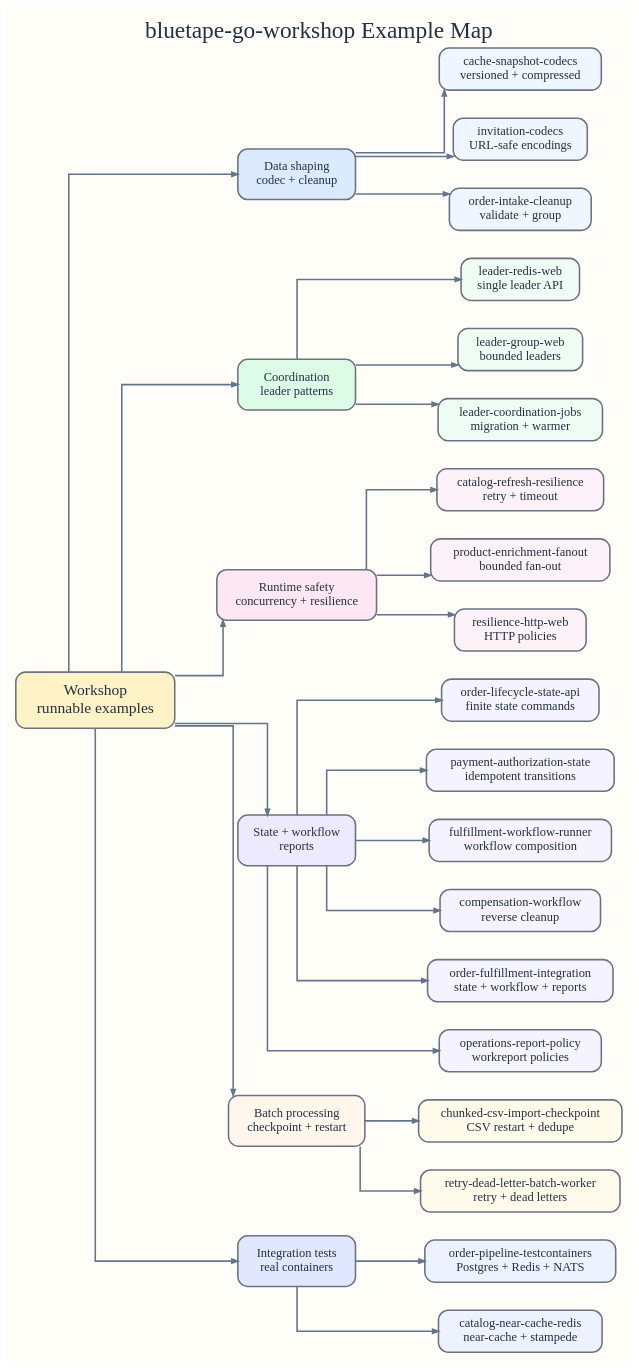
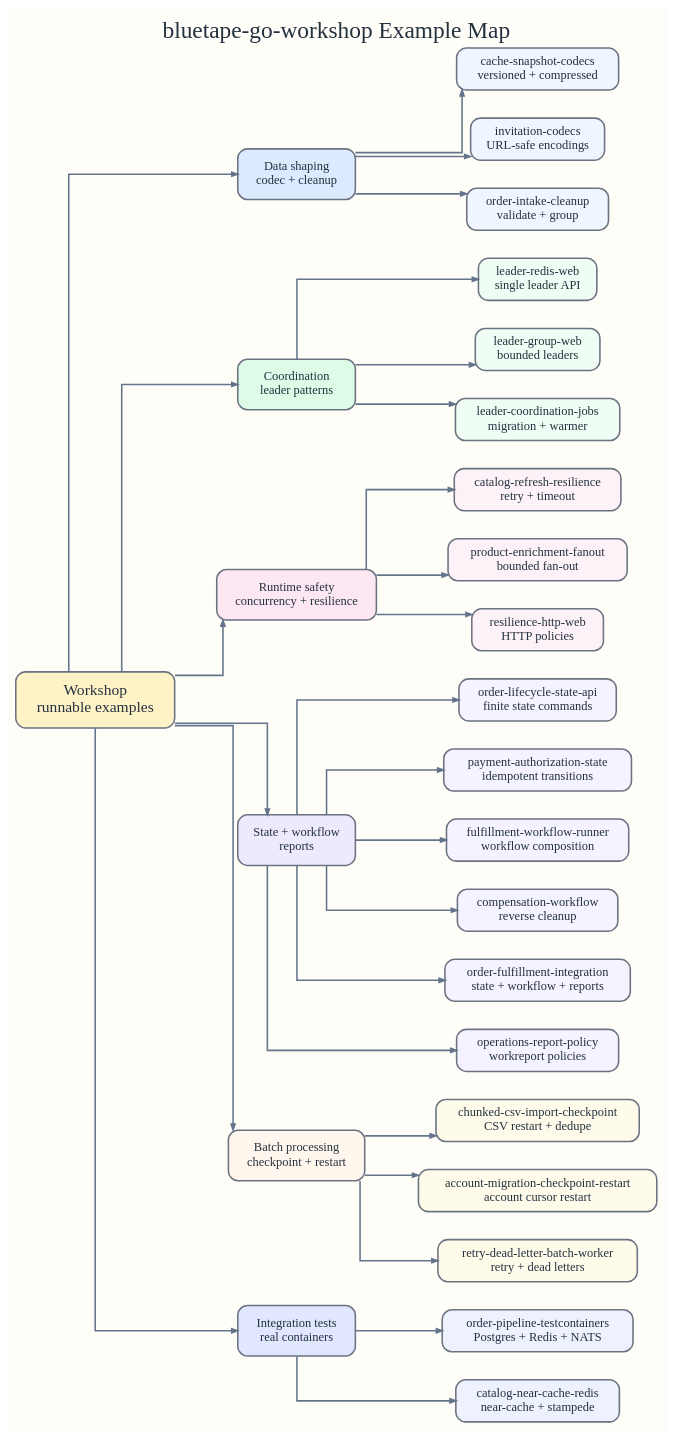
The diagram in docs/images/readme-diagrams/workshop-example-map.dot (bluetape4k/bluetape-go-workshop), drawn with Graphviz before and after one commit. The commit also changed 33 other files, not shown here.

First line of the commit message:
Teach account migration restart from checkpoint

```diff
--- a/docs/images/readme-diagrams/workshop-example-map.dot
+++ b/docs/images/readme-diagrams/workshop-example-map.dot
@@ -1,89 +1,91 @@
 digraph G {
   graph [
     rankdir=LR,
     bgcolor="#fffdf8",
     margin=0.18,
     pad=0.18,
     nodesep=0.5,
     ranksep=0.75,
     splines=ortho,
     fontnames=svg,
     fontname="Architects Daughter",
     label="bluetape-go-workshop Example Map",
     labelloc=t,
     fontsize=30,
     fontcolor="#24313f"
   ];
   node [
     shape=rect,
     style="rounded,filled",
     penwidth=2,
     fontname="Comic Mono",
     fontsize=16,
     color="#6b7280",
     fontcolor="#24313f",
     margin="0.16,0.12"
   ];
   edge [
     color="#64748b",
     penwidth=2,
     arrowsize=0.75,
     fontname="Comic Mono",
     fontsize=12,
     fontcolor="#475569"
   ];
 
   workshop [label="Workshop\nrunnable examples", fillcolor="#fef3c7", fontname="Architects Daughter", fontsize=20, width=2.4, height=1.0];
   data [label="Data shaping\ncodec + cleanup", fillcolor="#dbeafe", width=2.1, height=0.9];
   leadership [label="Coordination\nleader patterns", fillcolor="#dcfce7", width=2.1, height=0.9];
   runtime [label="Runtime safety\nconcurrency + resilience", fillcolor="#fce7f3", width=2.35, height=0.9];
   stateflow [label="State + workflow\nreports", fillcolor="#ede9fe", width=2.1, height=0.9];
   batch [label="Batch processing\ncheckpoint + restart", fillcolor="#fff7ed", width=2.3, height=0.9];
   integration [label="Integration tests\nreal containers", fillcolor="#e0e7ff", width=2.1, height=0.9];
 
   snapshot [label="cache-snapshot-codecs\nversioned + compressed", fillcolor="#eff6ff"];
   invites [label="invitation-codecs\nURL-safe encodings", fillcolor="#eff6ff"];
   cleanup [label="order-intake-cleanup\nvalidate + group", fillcolor="#eff6ff"];
   singleLeader [label="leader-redis-web\nsingle leader API", fillcolor="#f0fdf4"];
   groupLeader [label="leader-group-web\nbounded leaders", fillcolor="#f0fdf4"];
   jobs [label="leader-coordination-jobs\nmigration + warmer", fillcolor="#f0fdf4"];
   refresh [label="catalog-refresh-resilience\nretry + timeout", fillcolor="#fdf2f8"];
   enrich [label="product-enrichment-fanout\nbounded fan-out", fillcolor="#fdf2f8"];
   http [label="resilience-http-web\nHTTP policies", fillcolor="#fdf2f8"];
   orderState [label="order-lifecycle-state-api\nfinite state commands", fillcolor="#f5f3ff"];
   paymentState [label="payment-authorization-state\nidempotent transitions", fillcolor="#f5f3ff"];
   fulfillment [label="fulfillment-workflow-runner\nworkflow composition", fillcolor="#f5f3ff"];
   compensation [label="compensation-workflow\nreverse cleanup", fillcolor="#f5f3ff"];
   fulfillmentIntegration [label="order-fulfillment-integration\nstate + workflow + reports", fillcolor="#f5f3ff"];
   reports [label="operations-report-policy\nworkreport policies", fillcolor="#f5f3ff"];
   csvCheckpoint [label="chunked-csv-import-checkpoint\nCSV restart + dedupe", fillcolor="#fffbeb"];
+  accountMigration [label="account-migration-checkpoint-restart\naccount cursor restart", fillcolor="#fffbeb"];
   retryDlt [label="retry-dead-letter-batch-worker\nretry + dead letters", fillcolor="#fffbeb"];
   pipeline [label="order-pipeline-testcontainers\nPostgres + Redis + NATS", fillcolor="#eef2ff"];
   catalogCache [label="catalog-near-cache-redis\nnear-cache + stampede", fillcolor="#eef2ff"];
 
   workshop -> data;
   workshop -> leadership;
   workshop -> runtime;
   workshop -> stateflow;
   workshop -> batch;
   workshop -> integration;
   data -> snapshot;
   data -> invites;
   data -> cleanup;
   leadership -> singleLeader;
   leadership -> groupLeader;
   leadership -> jobs;
   runtime -> refresh;
   runtime -> enrich;
   runtime -> http;
   stateflow -> orderState;
   stateflow -> paymentState;
   stateflow -> fulfillment;
   stateflow -> compensation;
   stateflow -> fulfillmentIntegration;
   stateflow -> reports;
   batch -> csvCheckpoint;
+  batch -> accountMigration;
   batch -> retryDlt;
   integration -> pipeline;
   integration -> catalogCache;
 }
```
